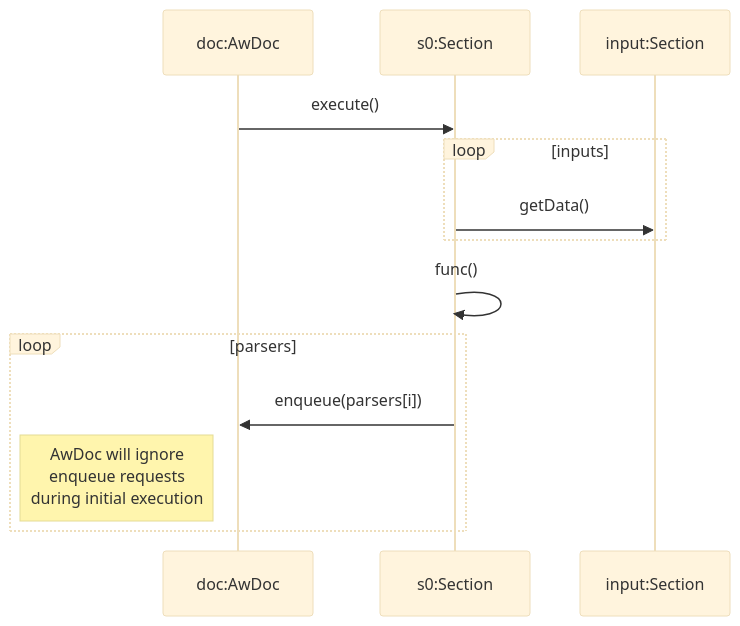
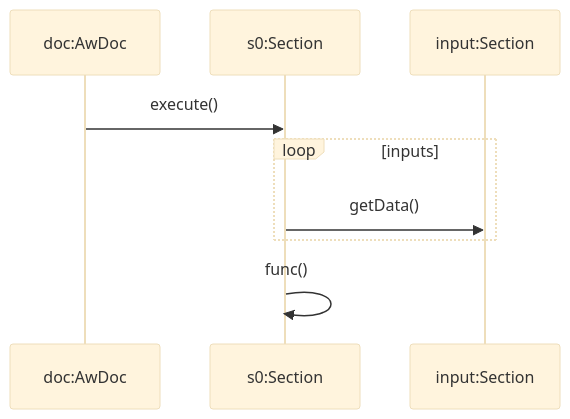
The first of 2 diagrams in doc/section_execution.md (andrew-rogers/AndrewWIDE), drawn with Mermaid (base theme) before and after one commit. The commit also changed other lines of this file and 2 other files, not shown here.

Commit message:
Observer execution for user input.

````diff
--- a/doc/section_execution.md
+++ b/doc/section_execution.md
@@ -9,15 +9,11 @@
 ```mermaid
 sequenceDiagram
     participant AwDoc as doc:AwDoc
     participant Section as s0:Section
     participant input as input:Section
     AwDoc->>Section: execute()
     loop inputs
         Section->>input: getData()
     end
     Section->>Section: func()
-    loop parsers
-        Section->>AwDoc: enqueue(parsers[i])
-        Note left of AwDoc: AwDoc will ignore <br/> enqueue requests <br/> during initial execution
-    end
 ```
````
